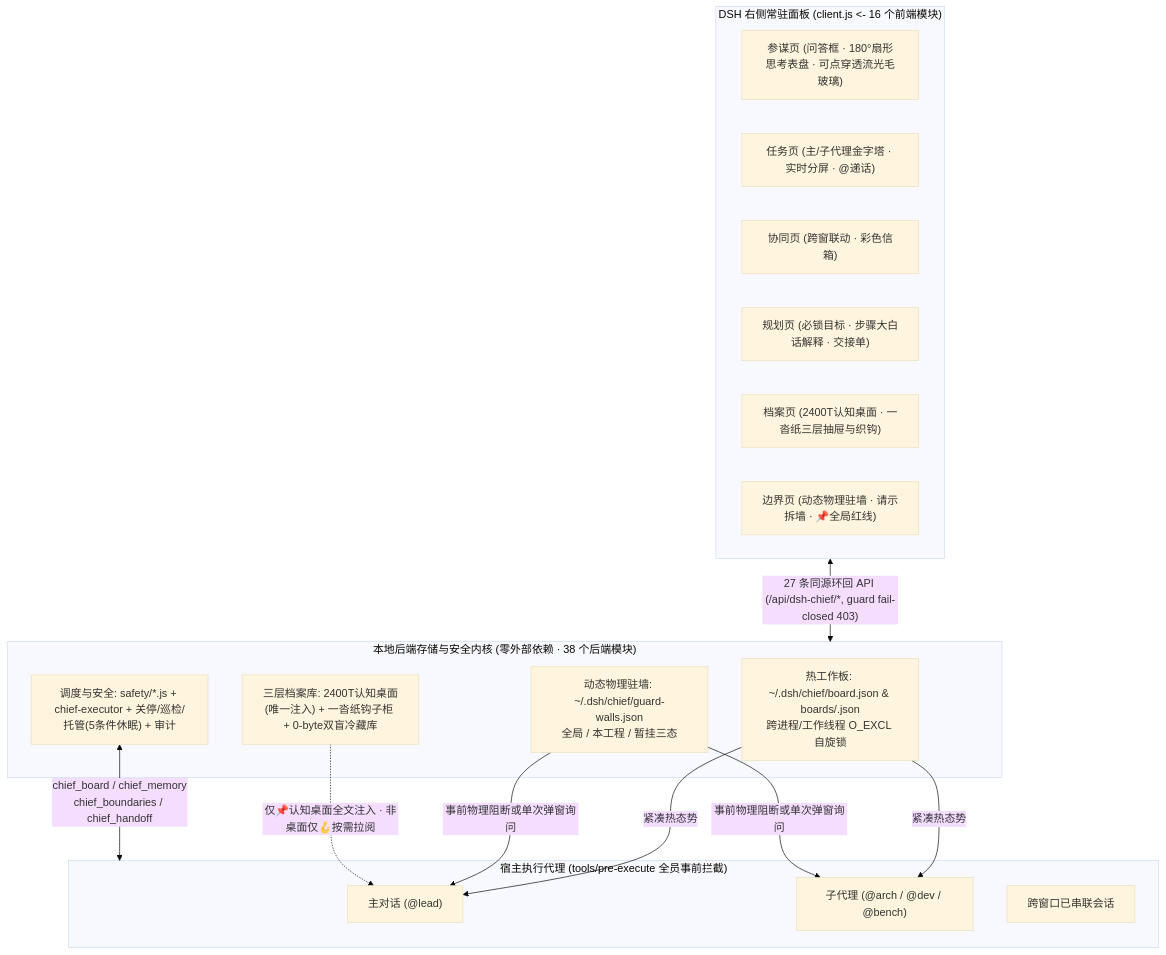
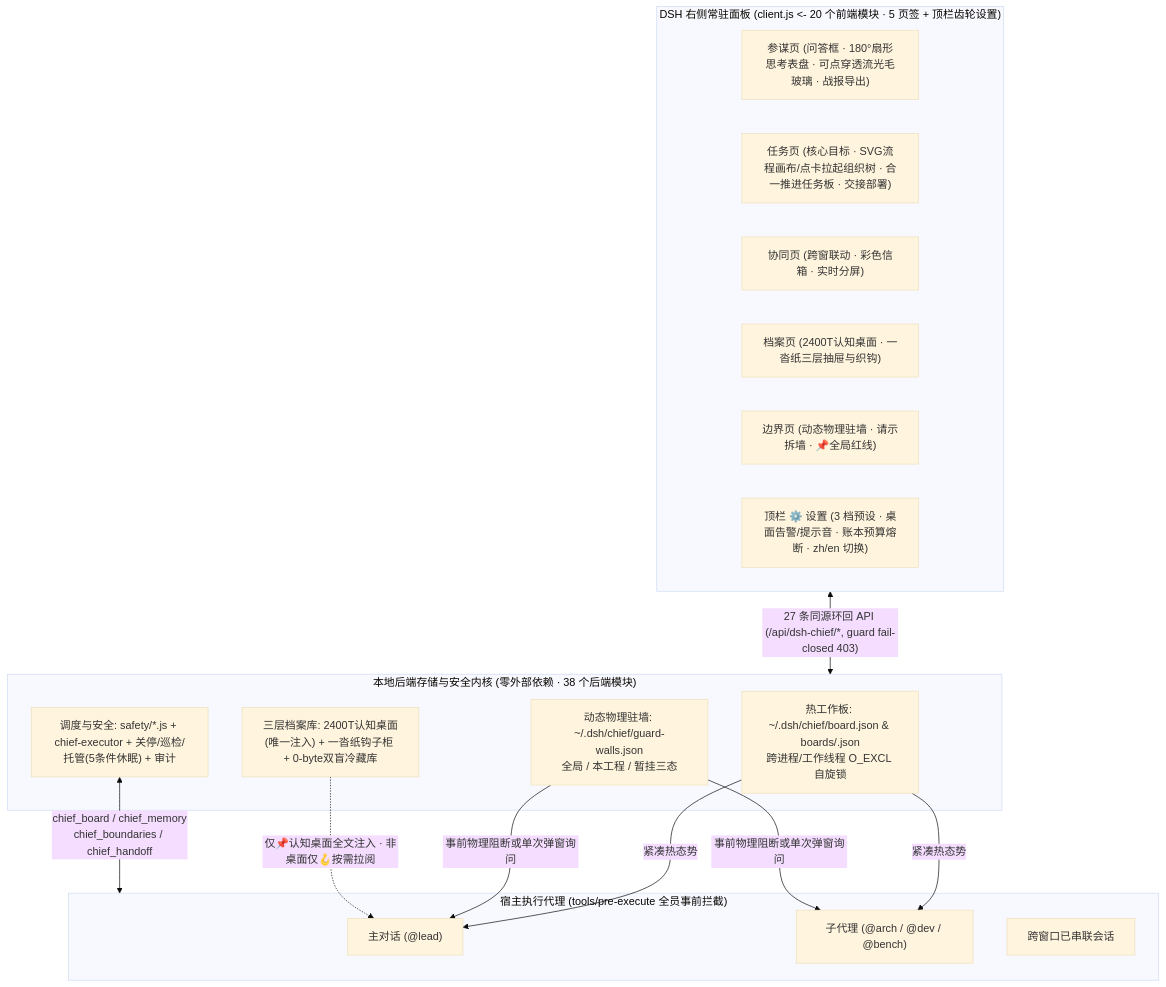
Before and after one commit to gluztm/dsh-chief: the diagram in README.md, drawn with Mermaid (base theme). The commit also changed other lines of this file and 55 other files, not shown here.

````diff
--- a/README.md
+++ b/README.md
@@ -174,32 +174,32 @@
 ```mermaid
 flowchart TB
-  subgraph UI["DSH 右侧常驻面板 (client.js <- 16 个前端模块)"]
-    T1["参谋页 (问答框 · 180°扇形思考表盘 · 可点穿透流光毛玻璃)"]
-    T2["任务页 (主/子代理金字塔 · 实时分屏 · @递话)"]
-    T3["协同页 (跨窗联动 · 彩色信箱)"]
-    T4["规划页 (必锁目标 · 步骤大白话解释 · 交接单)"]
+  subgraph UI["DSH 右侧常驻面板 (client.js <- 20 个前端模块 · 5 页签 + 顶栏齿轮设置)"]
+    T1["参谋页 (问答框 · 180°扇形思考表盘 · 可点穿透流光毛玻璃 · 战报导出)"]
+    T2["任务页 (核心目标 · SVG流程画布/点卡拉起组织树 · 合一推进任务板 · 交接部署)"]
+    T3["协同页 (跨窗联动 · 彩色信箱 · 实时分屏)"]
     T5["档案页 (2400T认知桌面 · 一沓纸三层抽屉与织钩)"]
     T6["边界页 (动态物理驻墙 · 请示拆墙 · 📌全局红线)"]
+    T7["顶栏 ⚙️ 设置 (3 档预设 · 桌面告警/提示音 · 账本预算熔断 · zh/en 切换)"]
   end
 
   subgraph Core["本地后端存储与安全内核 (零外部依赖 · 38 个后端模块)"]
     Hot["热工作板: ~/.dsh/chief/board.json & boards/<sid>.json\n跨进程/工作线程 O_EXCL 自旋锁"]
     Walls["动态物理驻墙: ~/.dsh/chief/guard-walls.json\n全局 / 本工程 / 暂挂三态"]
     Cold["三层档案库: 2400T认知桌面(唯一注入) + 一沓纸钩子柜 + 0-byte双盲冷藏库"]
     Bus["调度与安全: safety/*.js + chief-executor + 关停/巡检/托管(5条件休眠) + 审计"]
   end
 
   subgraph Agents["宿主执行代理 (tools/pre-execute 全员事前拦截)"]
     Lead["主对话 (@lead)"]
     Subs["子代理 (@arch / @dev / @bench)"]
     Peers["跨窗口已串联会话"]
   end
 
   UI <-->|"27 条同源环回 API (/api/dsh-chief/*, guard fail-closed 403)"| Core
   Hot -->|"紧凑热态势"| Lead
   Hot -->|"紧凑热态势"| Subs
   Walls -->|"事前物理阻断或单次弹窗询问"| Lead
   Walls -->|"事前物理阻断或单次弹窗询问"| Subs
   Cold -.->|"仅📌认知桌面全文注入 · 非桌面仅🪝按需拉阅"| Lead
   Bus <-->|"chief_board / chief_memory\nchief_boundaries / chief_handoff"| Agents
 ```
````
